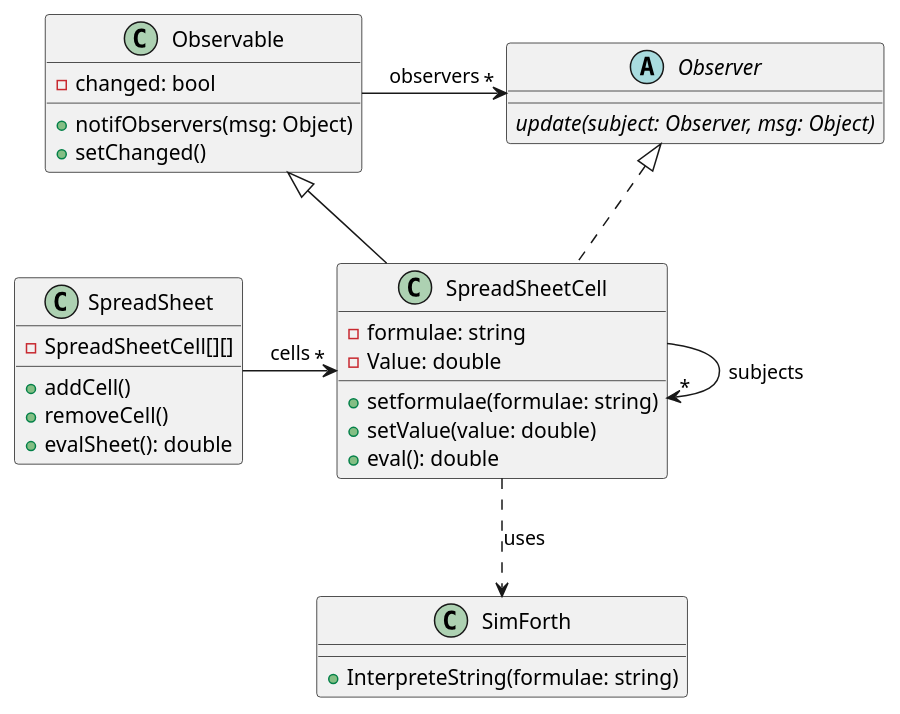
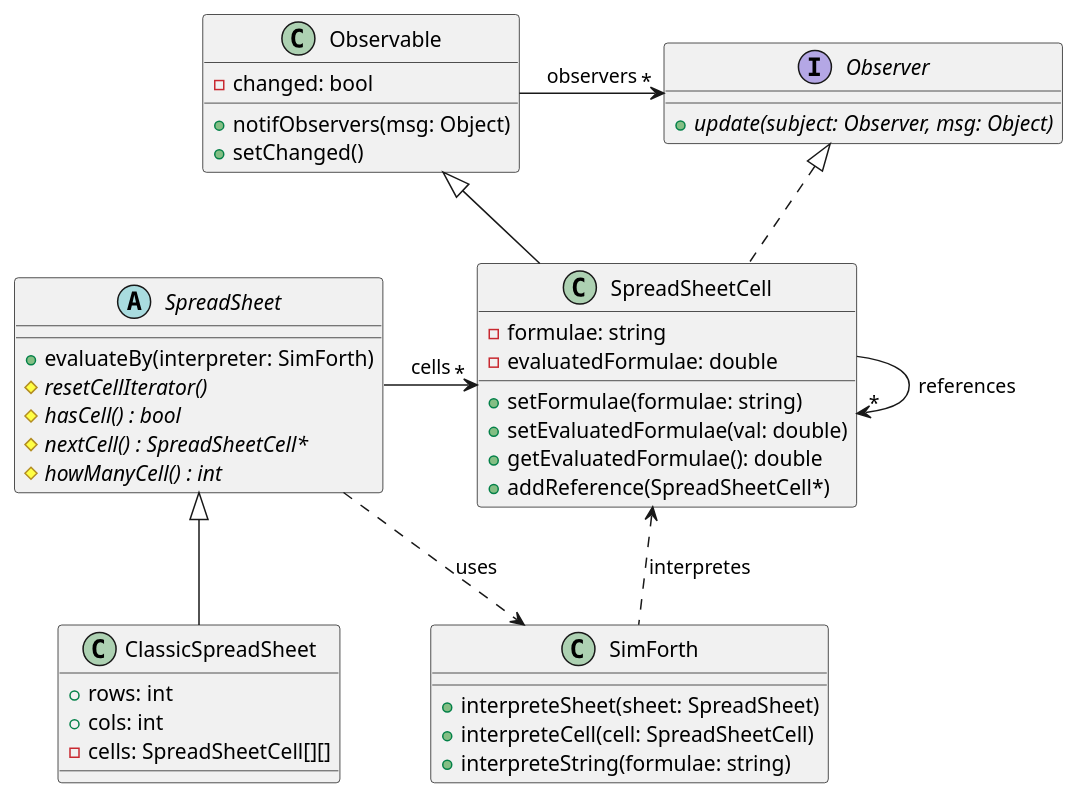
The diagram in doc/uml/spreadsheet.plantuml (Lecrapouille/SimTaDyn), drawn with PlantUML before and after one commit. The commit also changed 52 other files, not shown here.

```diff
--- a/doc/uml/spreadsheet.plantuml
+++ b/doc/uml/spreadsheet.plantuml
@@ -1,43 +1,55 @@
 @startuml
 
 class Observable {
 -changed: bool
 +notifObservers(msg: Object)
 +setChanged()
 }
 
-abstract class Observer {
-{abstract} update(subject: Observer, msg: Object)
+interface Observer {
++{abstract} update(subject: Observer, msg: Object)
 }
 
 Observable -> "*" Observer : observers
 
 class SpreadSheetCell {
 -formulae: string
--Value: double
-+setformulae(formulae: string)
-+setValue(value: double)
-+eval(): double
+-evaluatedFormulae: double
++setFormulae(formulae: string)
++setEvaluatedFormulae(val: double)
++getEvaluatedFormulae(): double
++addReference(SpreadSheetCell*)
 }
 
 Observable <|-- SpreadSheetCell
 Observer <|.. SpreadSheetCell
-SpreadSheetCell --> "*" SpreadSheetCell : subjects
+SpreadSheetCell --> "*" SpreadSheetCell : references
 
-class SpreadSheet {
--SpreadSheetCell[][]
-+addCell()
-+removeCell()
-+evalSheet(): double
+abstract class SpreadSheet {
++evaluateBy(interpreter: SimForth)
+#{abstract} resetCellIterator()
+#{abstract} hasCell() : bool
+#{abstract} nextCell() : SpreadSheetCell*
+#{abstract} howManyCell() : int
+}
+
+class ClassicSpreadSheet {
++rows: int
++cols: int
+-cells: SpreadSheetCell[][]
 }
 
 class SimForth {
-+InterpreteString(formulae: string)
++interpreteSheet(sheet: SpreadSheet)
++interpreteCell(cell: SpreadSheetCell)
++interpreteString(formulae: string)
 }
 
 ' SimTaDyn -> "*" SimMap
 ' SimMap -> "1" SpreadSheet
 SpreadSheet -> "*" SpreadSheetCell : cells
-SpreadSheetCell ..> SimForth : "uses"
+SpreadSheet <|-- ClassicSpreadSheet
+SpreadSheetCell <.. SimForth : "interpretes"
+SpreadSheet ..> SimForth : "uses"
 
 @enduml
```
